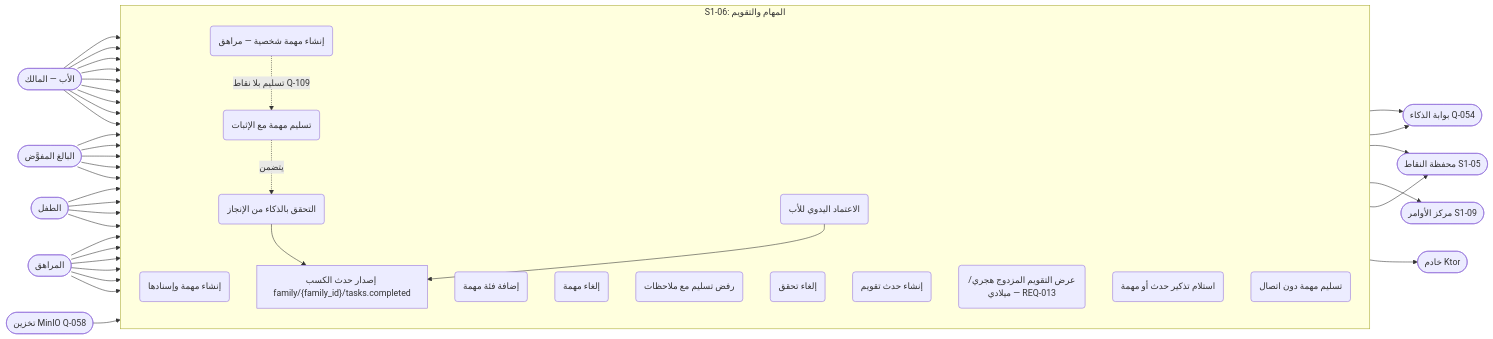
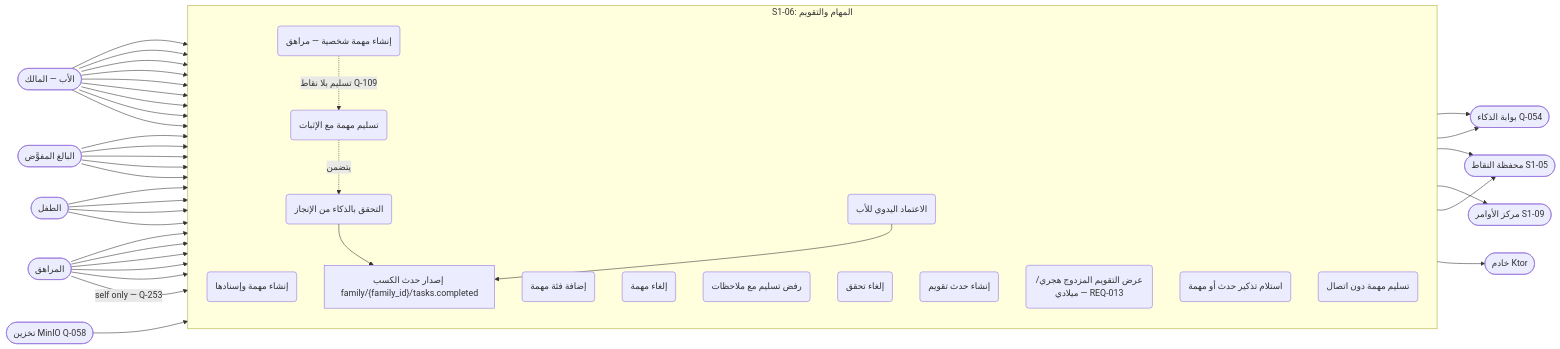
Before and after one commit to Bassam-mohammed-alqaeadi/family-os-v2: the first of 13 diagrams in docs/family-os/governance/phases/phase-1/S1-06-tasks-and-calendar/DIAGRAMS.md, drawn with Mermaid. The commit also changed other lines of this file and 8 other files, not shown here.

````diff
--- a/docs/family-os/governance/phases/phase-1/S1-06-tasks-and-calendar/DIAGRAMS.md
+++ b/docs/family-os/governance/phases/phase-1/S1-06-tasks-and-calendar/DIAGRAMS.md
@@ -14,66 +14,66 @@
 ```mermaid
 flowchart LR
     Father([الأب — المالك])
     Adult([البالغ المفوَّض])
     Child([الطفل])
     Teen([المراهق])
     AI([بوابة الذكاء Q-054])
     Server([خادم Ktor])
     S105([محفظة النقاط S1-05])
     S109([مركز الأوامر S1-09])
     MinIO([تخزين MinIO Q-058])
 
     subgraph S106 [S1-06: المهام والتقويم]
         direction TB
         UC1(إنشاء مهمة وإسنادها)
         UC2(إضافة فئة مهمة)
         UC3(إلغاء مهمة)
         UC4(تسليم مهمة مع الإثبات)
         UC5(التحقق بالذكاء من الإنجاز)
         UC6(الاعتماد اليدوي للأب)
         UC7(رفض تسليم مع ملاحظات)
         UC8(إلغاء تحقق)
         UC9(إنشاء حدث تقويم)
         UC10(عرض التقويم المزدوج هجري/ميلادي — REQ-013)
         UC11(استلام تذكير حدث أو مهمة)
         UC12(إنشاء مهمة شخصية — مراهق)
         UC13(تسليم مهمة دون اتصال)
         UC14["إصدار حدث الكسب family/{family_id}/tasks.completed"]
     end
 
     Father --> UC1
     Father --> UC2
     Father --> UC3
     Father --> UC6
     Father --> UC7
     Father --> UC8
     Father --> UC9
     Adult --> UC1
     Adult --> UC3
     Adult --> UC6
     Adult --> UC9
     Child --> UC4
     Child --> UC10
     Child --> UC11
     Child --> UC13
     Teen --> UC4
     Teen --> UC10
     Teen --> UC11
     Teen --> UC12
     Teen --> UC13
-    Teen --> UC3
+    Teen -->|self only — Q-253| UC3
     Father --> UC10
     Father --> UC11
     Adult --> UC10
     UC4 -.->|يتضمن| UC5
     UC4 --> AI
     UC5 --> AI
     UC5 --> UC14
     UC6 --> UC14
     UC14 --> S105
     UC4 --> S109
     MinIO --> UC5
     UC8 --> S105
     UC13 --> Server
     UC12 -.->|تسليم بلا نقاط Q-109| UC4
 ```
````
